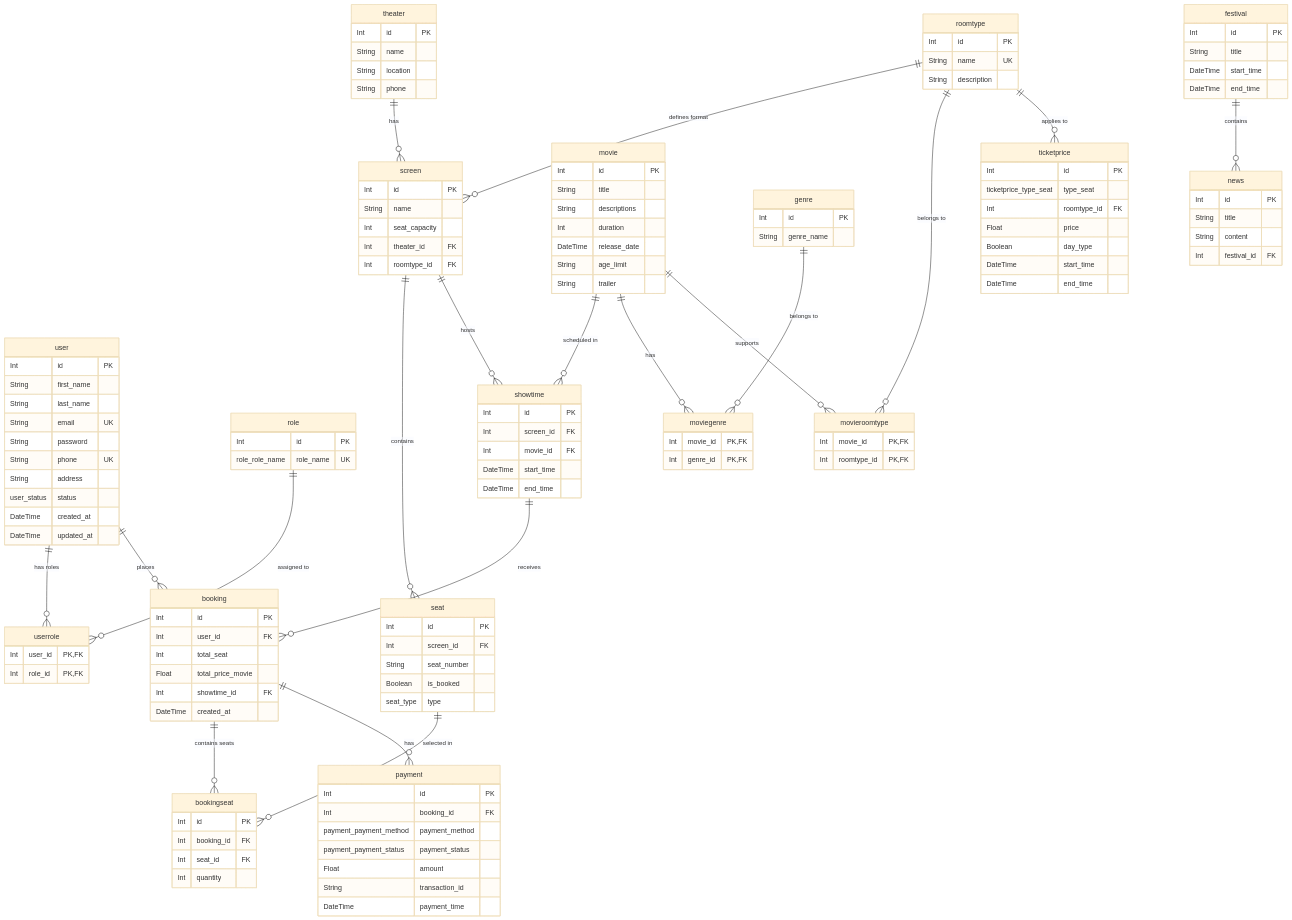
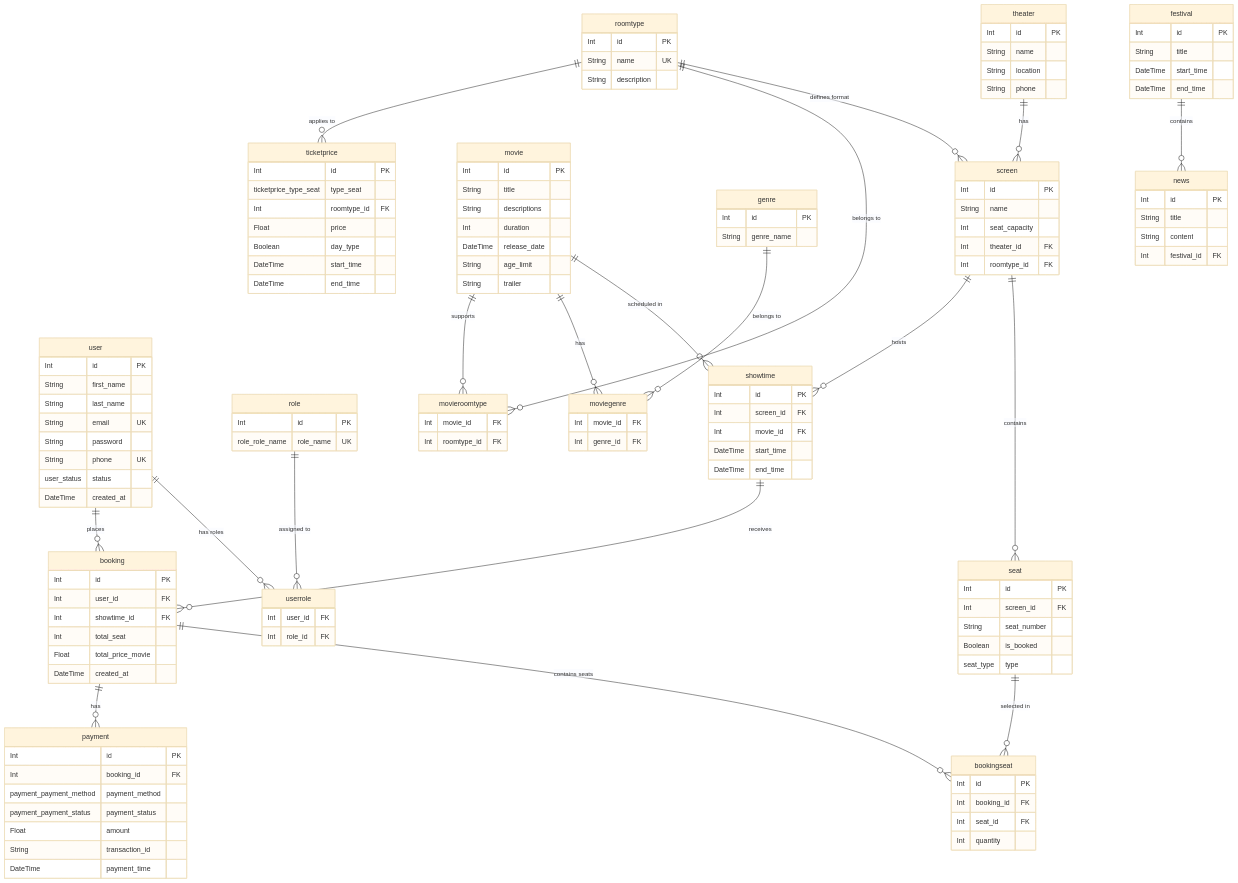
One commit to singuyenvan0206/RPG-bot changed the third of 6 diagrams in test.md. Above: the diagram before and after it, drawn with Mermaid (base theme). The commit also changed other lines of this file, not shown here.

```diff
--- a/test.md
+++ b/test.md
@@ -134,18 +153,16 @@
         String email UK
         String password
         String phone UK
-        String address
         user_status status
         DateTime created_at
-        DateTime updated_at
     }
     role {
         Int id PK
         role_role_name role_name UK
     }
     userrole {
-        Int user_id PK, FK
-        Int role_id PK, FK
+        Int user_id FK
+        Int role_id FK
     }
     theater {
         Int id PK
@@ -172,13 +189,6 @@
         Boolean is_booked
         seat_type type
     }
-    showtime {
-        Int id PK
-        Int screen_id FK
-        Int movie_id FK
-        DateTime start_time
-        DateTime end_time
-    }
     movie {
         Int id PK
         String title
@@ -193,12 +203,19 @@
         String genre_name
     }
     moviegenre {
-        Int movie_id PK, FK
-        Int genre_id PK, FK
+        Int movie_id FK
+        Int genre_id FK
     }
     movieroomtype {
-        Int movie_id PK, FK
-        Int roomtype_id PK, FK
+        Int movie_id FK
+        Int roomtype_id FK
+    }
+    showtime {
+        Int id PK
+        Int screen_id FK
+        Int movie_id FK
+        DateTime start_time
+        DateTime end_time
     }
     ticketprice {
         Int id PK
@@ -212,9 +229,9 @@
     booking {
         Int id PK
         Int user_id FK
+        Int showtime_id FK
         Int total_seat
         Float total_price_movie
-        Int showtime_id FK
         DateTime created_at
     }
     bookingseat {
```
